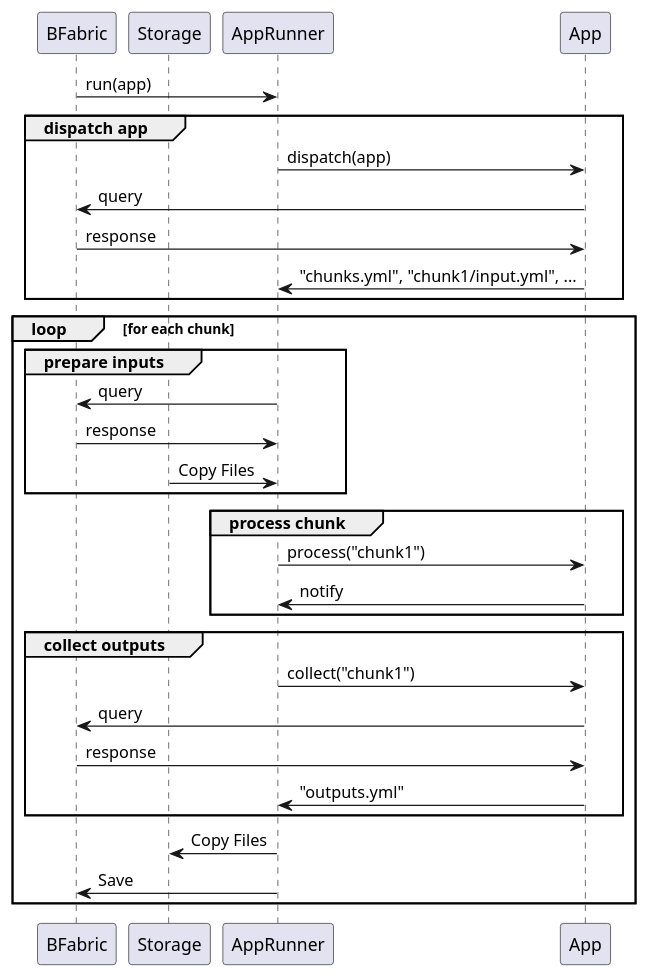
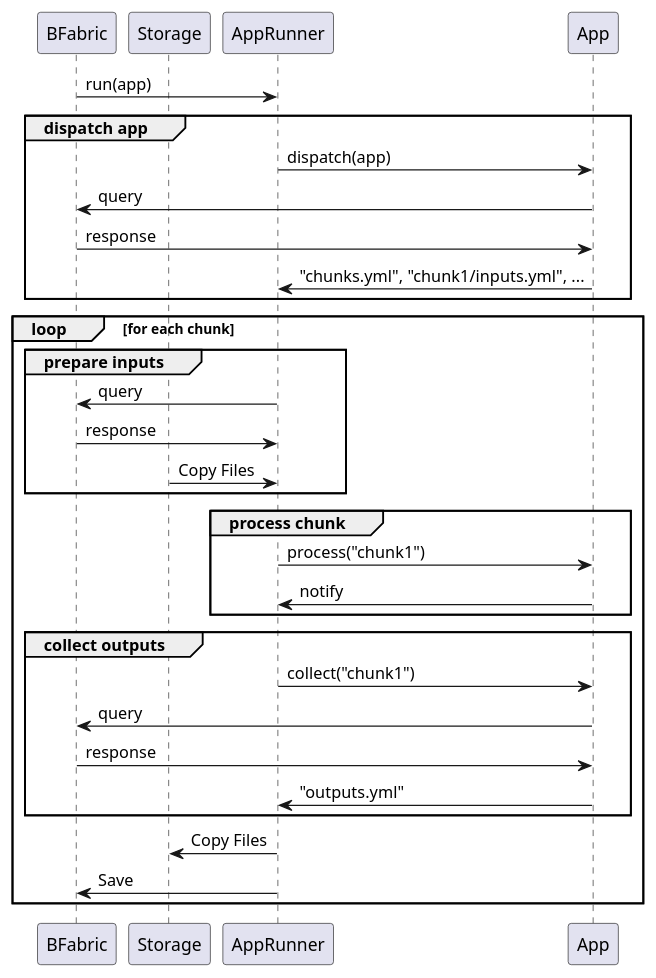
The diagram in app_runner/docs/architecture/uml/app_model.plantuml (fgcz/bfabricPy), drawn with PlantUML before and after one commit.

```diff
--- a/app_runner/docs/architecture/uml/app_model.plantuml
+++ b/app_runner/docs/architecture/uml/app_model.plantuml
@@ -1,41 +1,41 @@
 @startuml
 
 participant BFabric
 participant Storage
 participant AppRunner
 participant App
 
 BFabric -> AppRunner: run(app)
 
 group dispatch app
     AppRunner -> App: dispatch(app)
     App -> BFabric: query
     BFabric -> App: response
-    App -> AppRunner: "chunks.yml", "chunk1/input.yml", ...
+    App -> AppRunner: "chunks.yml", "chunk1/inputs.yml", ...
 end
 
 loop for each chunk
     group prepare inputs
         AppRunner -> BFabric: query
         BFabric -> AppRunner: response
         Storage -> AppRunner: Copy Files
     end
 
     group process chunk
         AppRunner -> App: process("chunk1")
         App -> AppRunner: notify
     end
 
     group collect outputs
         AppRunner -> App: collect("chunk1")
         App -> BFabric: query
         BFabric -> App: response
         App -> AppRunner: "outputs.yml"
     end
 
     AppRunner -> Storage: Copy Files
     AppRunner -> BFabric: Save
 
 end
 
 @enduml
```
